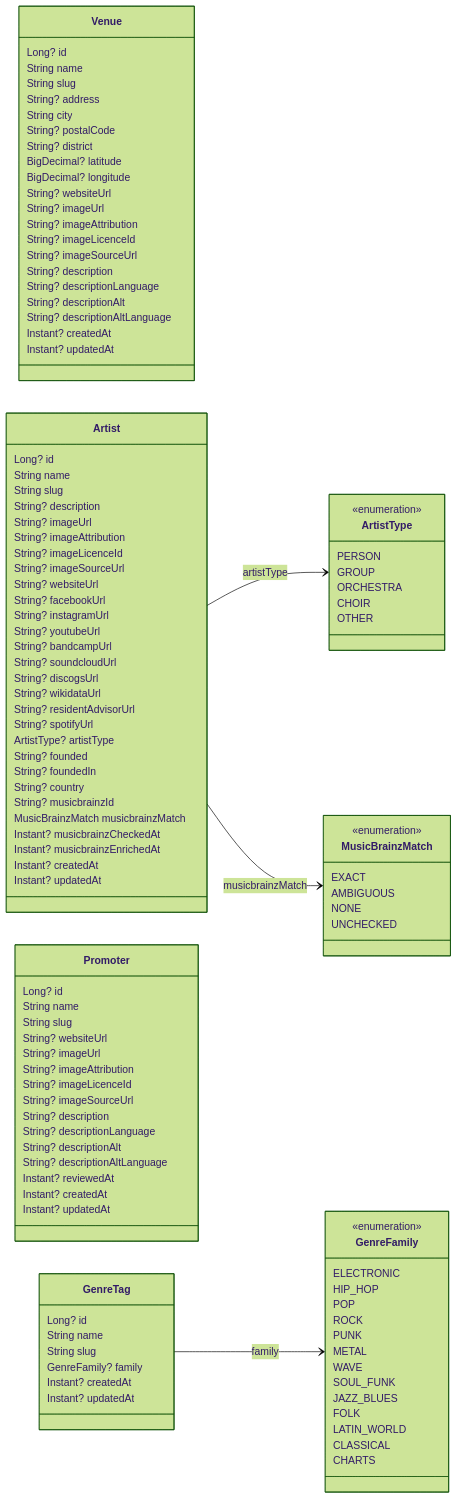
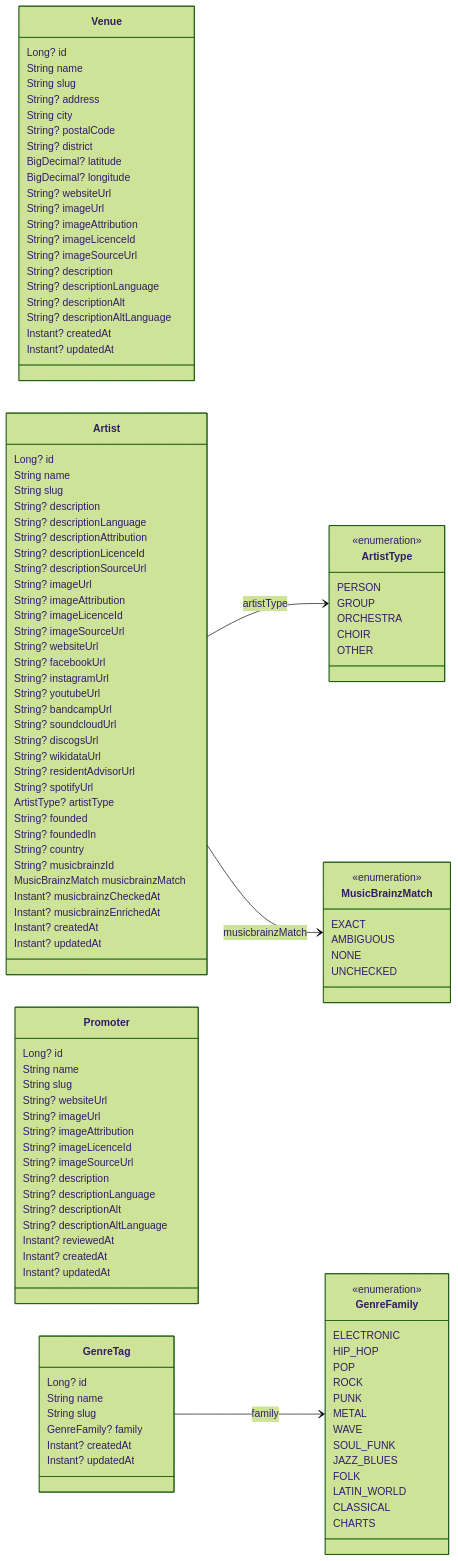
Before and after one commit to enorm-labs/event-junkie: the diagram in docs/DATA_MODEL.md, drawn with Mermaid (forest theme). The commit also changed 41 other files, not shown here.

```diff
--- a/docs/DATA_MODEL.md
+++ b/docs/DATA_MODEL.md
@@ -54,6 +54,10 @@
         String name
         String slug
         String? description
+        String? descriptionLanguage
+        String? descriptionAttribution
+        String? descriptionLicenceId
+        String? descriptionSourceUrl
         String? imageUrl
         String? imageAttribution
         String? imageLicenceId
```
